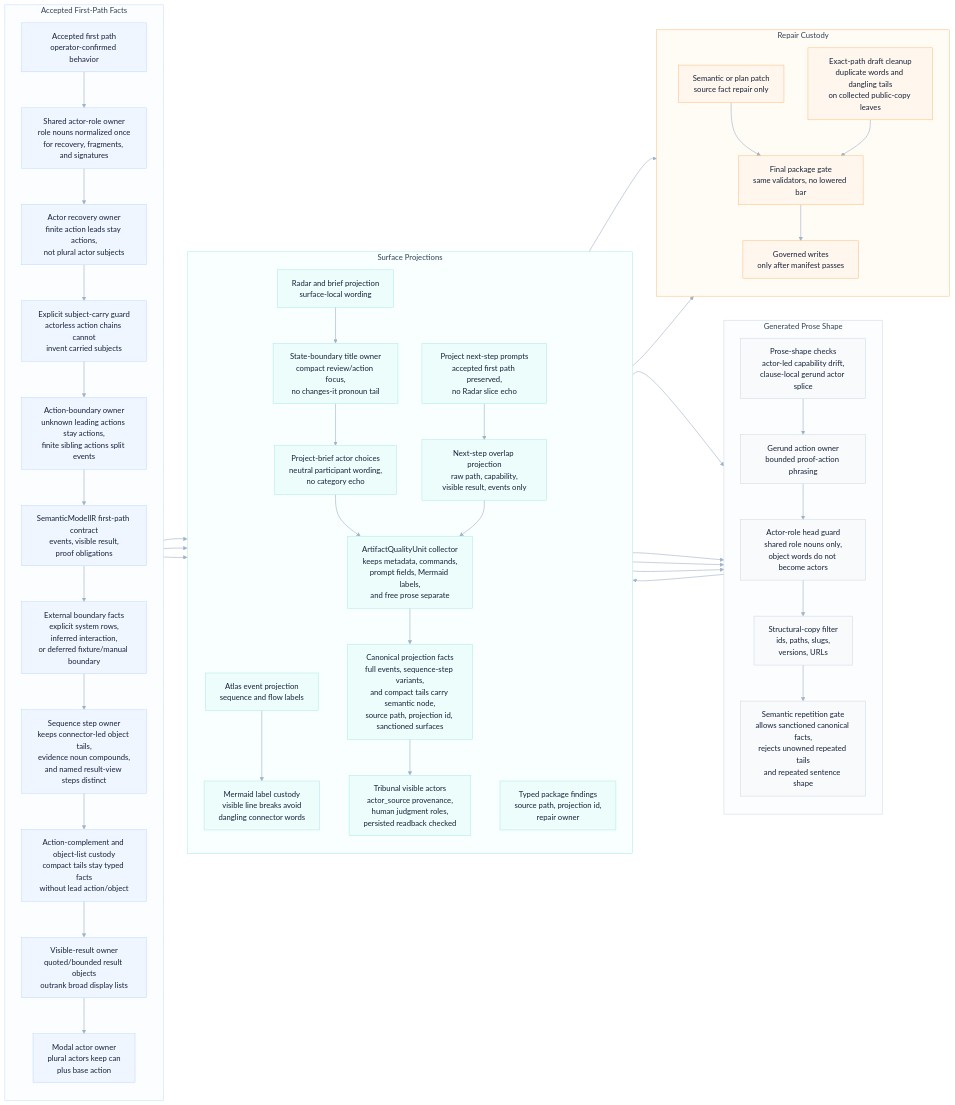
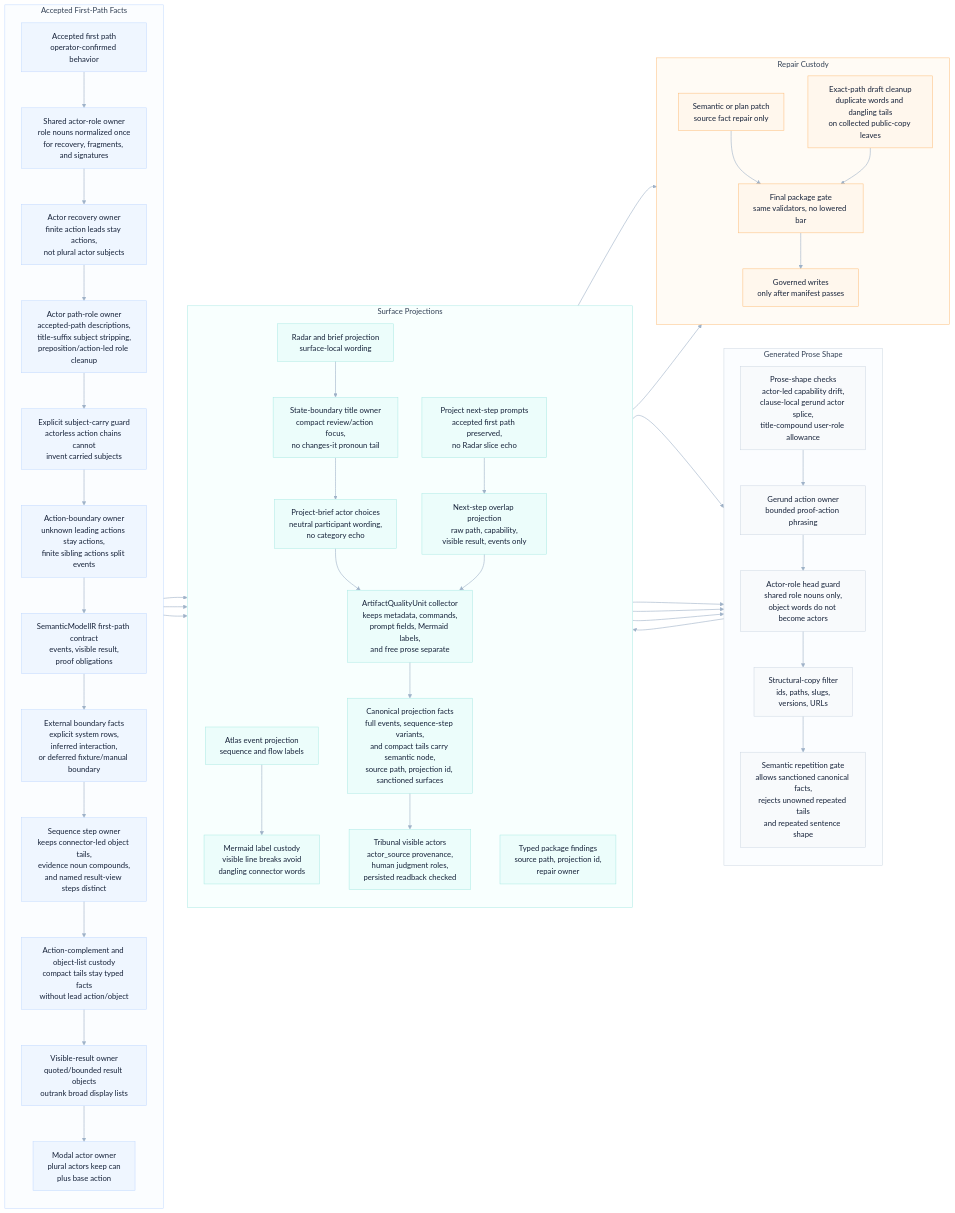
The diagram in odylith/atlas/source/greenfield-first-path-semantic-copy-custody.mmd (odylith/odylith), drawn with Mermaid before and after one commit. The commit also changed 29 other files, not shown here.

```diff
--- a/odylith/atlas/source/greenfield-first-path-semantic-copy-custody.mmd
+++ b/odylith/atlas/source/greenfield-first-path-semantic-copy-custody.mmd
@@ -1,98 +1,100 @@
 flowchart LR
     subgraph intent_lane["Accepted First-Path Facts"]
       direction TB
       accepted_path["Accepted first path<br/>operator-confirmed behavior"]
       actor_roles["Shared actor-role owner<br/>role nouns normalized once<br/>for recovery, fragments, and signatures"]
       actor_recovery["Actor recovery owner<br/>finite action leads stay actions,<br/>not plural actor subjects"]
+      actor_path_role["Actor path-role owner<br/>accepted-path descriptions,<br/>title-suffix subject stripping,<br/>preposition/action-led role cleanup"]
       subject_carry_guard["Explicit subject-carry guard<br/>actorless action chains cannot<br/>invent carried subjects"]
       action_boundary["Action-boundary owner<br/>unknown leading actions stay actions,<br/>finite sibling actions split events"]
       semantic_contract["SemanticModelIR first-path contract<br/>events, visible result,<br/>proof obligations"]
       external_boundary["External boundary facts<br/>explicit system rows,<br/>inferred interaction,<br/>or deferred fixture/manual boundary"]
       sequence_owner["Sequence step owner<br/>keeps connector-led object tails,<br/>evidence noun compounds,<br/>and named result-view steps distinct"]
       tail_custody["Action-complement and object-list custody<br/>compact tails stay typed facts<br/>without lead action/object"]
       visible_result_owner["Visible-result owner<br/>quoted/bounded result objects<br/>outrank broad display lists"]
       modal_owner["Modal actor owner<br/>plural actors keep can<br/>plus base action"]
     end
 
     subgraph prose_lane["Generated Prose Shape"]
       direction TB
-      shape_checks["Prose-shape checks<br/>actor-led capability drift,<br/>clause-local gerund actor splice"]
+      shape_checks["Prose-shape checks<br/>actor-led capability drift,<br/>clause-local gerund actor splice,<br/>title-compound user-role allowance"]
       gerund_owner["Gerund action owner<br/>bounded proof-action phrasing"]
       actor_role_head_guard["Actor-role head guard<br/>shared role nouns only,<br/>object words do not become actors"]
       structural_filter["Structural-copy filter<br/>ids, paths, slugs,<br/>versions, URLs"]
       repetition_gate["Semantic repetition gate<br/>allows sanctioned canonical facts,<br/>rejects unowned repeated tails<br/>and repeated sentence shape"]
     end
 
     subgraph projection_lane["Surface Projections"]
       direction TB
       radar_projection["Radar and brief projection<br/>surface-local wording"]
       state_boundary_titles["State-boundary title owner<br/>compact review/action focus,<br/>no changes-it pronoun tail"]
       actor_choice_copy["Project-brief actor choices<br/>neutral participant wording,<br/>no category echo"]
       atlas_projection["Atlas event projection<br/>sequence and flow labels"]
       mermaid_label_custody["Mermaid label custody<br/>visible line breaks avoid<br/>dangling connector words"]
       next_step_prompts["Project next-step prompts<br/>accepted first path preserved,<br/>no Radar slice echo"]
       overlap_projection["Next-step overlap projection<br/>raw path, capability,<br/>visible result, events only"]
       artifact_units["ArtifactQualityUnit collector<br/>keeps metadata, commands,<br/>prompt fields, Mermaid labels,<br/>and free prose separate"]
       canonical_facts["Canonical projection facts<br/>full events, sequence-step variants,<br/>and compact tails carry semantic node,<br/>source path, projection id, sanctioned surfaces"]
       tribunal_actors["Tribunal visible actors<br/>actor_source provenance,<br/>human judgment roles,<br/>persisted readback checked"]
       package_findings["Typed package findings<br/>source path, projection id,<br/>repair owner"]
     end
 
     subgraph repair_lane["Repair Custody"]
       direction TB
       semantic_plan_patch["Semantic or plan patch<br/>source fact repair only"]
       exact_draft_cleanup["Exact-path draft cleanup<br/>duplicate words and dangling tails<br/>on collected public-copy leaves"]
       final_gate["Final package gate<br/>same validators, no lowered bar"]
       governed_write["Governed writes<br/>only after manifest passes"]
     end
 
     accepted_path --> actor_roles
     actor_roles --> actor_recovery
-    actor_recovery --> subject_carry_guard
+    actor_recovery --> actor_path_role
+    actor_path_role --> subject_carry_guard
     subject_carry_guard --> action_boundary
     action_boundary --> semantic_contract
     semantic_contract --> external_boundary
     external_boundary --> sequence_owner
     sequence_owner --> tail_custody
     tail_custody --> visible_result_owner
     visible_result_owner --> modal_owner
     modal_owner --> radar_projection
     modal_owner --> atlas_projection
     modal_owner --> next_step_prompts
     radar_projection --> state_boundary_titles
     state_boundary_titles --> actor_choice_copy
     radar_projection --> shape_checks
     atlas_projection --> mermaid_label_custody
     mermaid_label_custody --> shape_checks
     actor_choice_copy --> artifact_units
     next_step_prompts --> overlap_projection
     overlap_projection --> artifact_units
     artifact_units --> canonical_facts
     canonical_facts --> tribunal_actors
     tribunal_actors --> shape_checks
     shape_checks --> gerund_owner
     gerund_owner --> actor_role_head_guard
     actor_role_head_guard --> structural_filter
     structural_filter --> repetition_gate
     canonical_facts --> repetition_gate
     repetition_gate --> package_findings
     package_findings --> semantic_plan_patch
     package_findings --> exact_draft_cleanup
     semantic_plan_patch --> final_gate
     exact_draft_cleanup --> final_gate
     final_gate --> governed_write
 
     classDef intent fill:#EFF6FF,stroke:#BFD7FE,color:#17233A,stroke-width:1px;
     classDef prose fill:#F8FAFC,stroke:#CBD5E1,color:#17233A,stroke-width:1px;
     classDef projection fill:#ECFDFB,stroke:#A7E9E3,color:#17233A,stroke-width:1px;
     classDef repair fill:#FFF7ED,stroke:#FDBA74,color:#17233A,stroke-width:1px;
-    class accepted_path,actor_roles,actor_recovery,subject_carry_guard,action_boundary,semantic_contract,external_boundary,sequence_owner,tail_custody,visible_result_owner,modal_owner intent;
+    class accepted_path,actor_roles,actor_recovery,actor_path_role,subject_carry_guard,action_boundary,semantic_contract,external_boundary,sequence_owner,tail_custody,visible_result_owner,modal_owner intent;
     class shape_checks,gerund_owner,actor_role_head_guard,structural_filter,repetition_gate prose;
     class radar_projection,state_boundary_titles,actor_choice_copy,atlas_projection,mermaid_label_custody,next_step_prompts,overlap_projection,artifact_units,canonical_facts,tribunal_actors,package_findings projection;
     class semantic_plan_patch,exact_draft_cleanup,final_gate,governed_write repair;
 
     style intent_lane fill:#FBFDFF,stroke:#BFD7FE,stroke-width:1px,color:#334155
     style prose_lane fill:#FBFDFF,stroke:#CBD5E1,stroke-width:1px,color:#334155
     style projection_lane fill:#F8FFFE,stroke:#A7E9E3,stroke-width:1px,color:#334155
     style repair_lane fill:#FFFBF5,stroke:#FDBA74,stroke-width:1px,color:#334155
     linkStyle default stroke:#9FB2C8,stroke-width:1.25px
```
